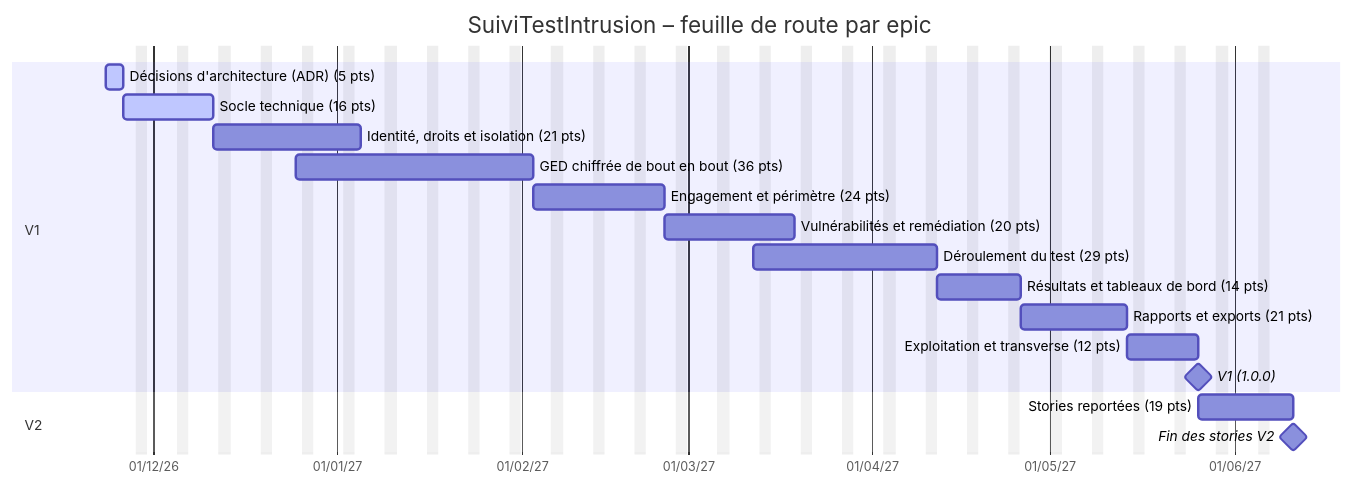
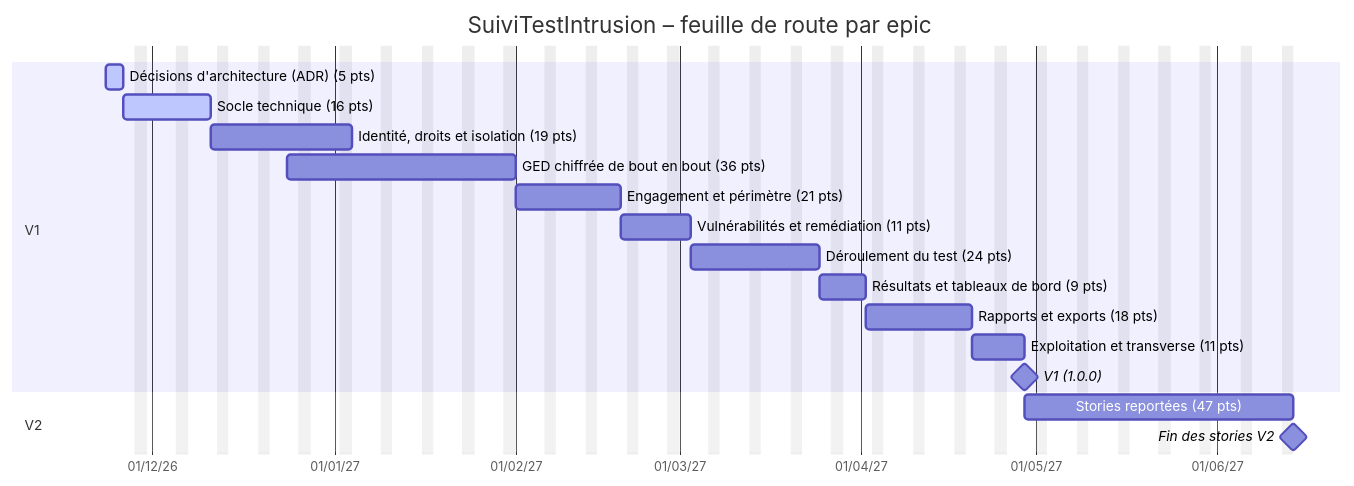
One commit to ILPlais/SuiviTestIntrusion changed the first of 2 diagrams in docs/20-29 Développement/22 Planification/22.01 Planification du développement.md. Above: the diagram before and after it, drawn with Mermaid. The commit also changed other lines of this file and 39 other files, not shown here.

````diff
--- a/docs/20-29 Développement/22 Planification/22.01 Planification du développement.md
+++ b/docs/20-29 Développement/22 Planification/22.01 Planification du développement.md
@@ -17,22 +47,22 @@
 ```mermaid
 gantt
     title SuiviTestIntrusion – feuille de route par epic
     dateFormat YYYY-MM-DD
     axisFormat %d/%m/%y
     excludes weekends
     section V1
     Décisions d'architecture (ADR) (5 pts) :active, ep_decisions, 2026-11-23, 2026-11-26
     Socle technique (16 pts) :active, ep_socle, 2026-11-26, 2026-12-11
-    Identité, droits et isolation (21 pts) :ep_identite, 2026-12-11, 2027-01-05
-    GED chiffrée de bout en bout (36 pts) :ep_ged_chiffree, 2026-12-25, 2027-02-03
-    Engagement et périmètre (24 pts) :ep_engagement, 2027-02-03, 2027-02-25
-    Vulnérabilités et remédiation (20 pts) :ep_vulnerabilites, 2027-02-25, 2027-03-19
-    Déroulement du test (29 pts) :ep_deroulement, 2027-03-12, 2027-04-12
-    Résultats et tableaux de bord (14 pts) :ep_resultats, 2027-04-12, 2027-04-26
-    Rapports et exports (21 pts) :ep_exports, 2027-04-26, 2027-05-14
-    Exploitation et transverse (12 pts) :ep_exploitation, 2027-05-14, 2027-05-26
-    V1 (1.0.0) :milestone, v1, 2027-05-26, 0d
+    Identité, droits et isolation (19 pts) :ep_identite, 2026-12-11, 2027-01-04
+    GED chiffrée de bout en bout (36 pts) :ep_ged_chiffree, 2026-12-24, 2027-02-01
+    Engagement et périmètre (21 pts) :ep_engagement, 2027-02-01, 2027-02-19
+    Vulnérabilités et remédiation (11 pts) :ep_vulnerabilites, 2027-02-19, 2027-03-03
+    Déroulement du test (24 pts) :ep_deroulement, 2027-03-03, 2027-03-25
+    Résultats et tableaux de bord (9 pts) :ep_resultats, 2027-03-25, 2027-04-02
+    Rapports et exports (18 pts) :ep_exports, 2027-04-02, 2027-04-20
+    Exploitation et transverse (11 pts) :ep_exploitation, 2027-04-20, 2027-04-29
+    V1 (1.0.0) :milestone, v1, 2027-04-29, 0d
     section V2
-    Stories reportées (19 pts) :ep_v2, 2027-05-26, 2027-06-11
-    Fin des stories V2 :milestone, v2, 2027-06-11, 0d
+    Stories reportées (47 pts) :ep_v2, 2027-04-29, 2027-06-14
+    Fin des stories V2 :milestone, v2, 2027-06-14, 0d
 ```
````
